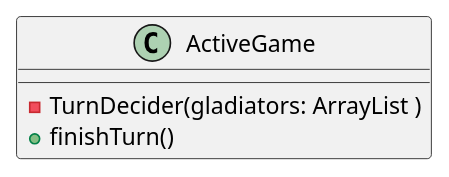
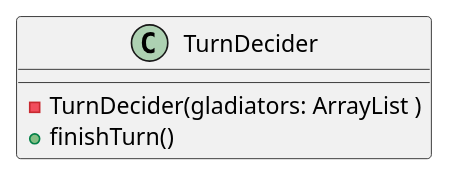
Before and after one commit to PabloGCH/tp2-algo3: the diagram in diagrams/classes/game/TurnDecider.plantuml, drawn with PlantUML. The commit also changed 23 other files, not shown here.

```diff
--- a/diagrams/classes/game/TurnDecider.plantuml
+++ b/diagrams/classes/game/TurnDecider.plantuml
@@ -1,6 +1,6 @@
 @startuml
-class ActiveGame {
+class TurnDecider {
     -TurnDecider(gladiators: ArrayList )
     +finishTurn()
 }
 @enduml
```
